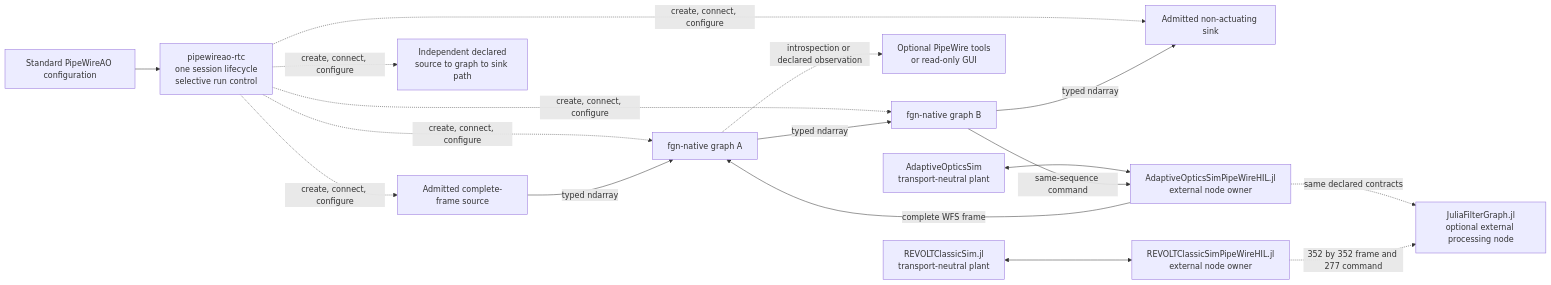
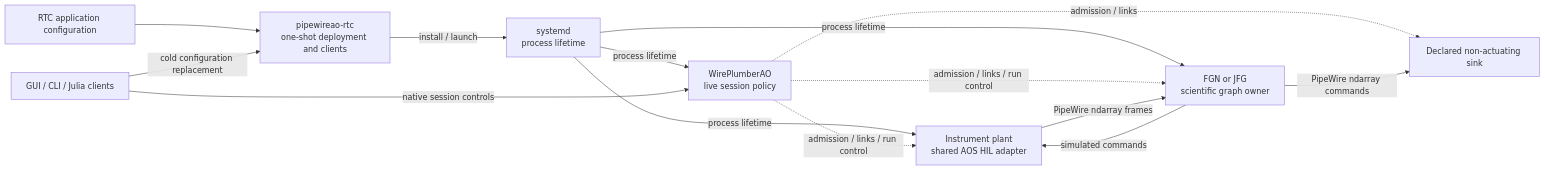
One commit to DarrylGamroth/pipewireao-rtc changed the first of 2 diagrams in docs/architecture.md. Above: the diagram before and after it, drawn with Mermaid. The commit also changed other lines of this file and 15 other files, not shown here.

Commit message:
Add generic simulator settings and durable cold replacement jobs

````diff
--- a/docs/architecture.md
+++ b/docs/architecture.md
@@ -244,33 +275,25 @@
 ```mermaid
 flowchart LR
-    Config["Standard PipeWireAO configuration"]
-    Runner["pipewireao-rtc<br/>one session lifecycle<br/>selective run control"]
-    Source["Admitted complete-frame source"]
-    GraphA["fgn-native graph A"]
-    GraphB["fgn-native graph B"]
-    Sink["Admitted non-actuating sink"]
-    Parallel["Independent declared<br/>source to graph to sink path"]
-    Observer["Optional PipeWire tools<br/>or read-only GUI"]
-    Plant["AdaptiveOpticsSim<br/>transport-neutral plant"]
-    Adapter["AdaptiveOpticsSimPipeWireHIL.jl<br/>external node owner"]
-    JuliaGraph["JuliaFilterGraph.jl<br/>optional external processing node"]
-    Revolt["REVOLTClassicSim.jl<br/>transport-neutral plant"]
-    RevoltAdapter["REVOLTClassicSimPipeWireHIL.jl<br/>external node owner"]
+    Config["RTC application configuration"]
+    Tools["pipewireao-rtc<br/>one-shot deployment and clients"]
+    Systemd["systemd<br/>process lifetime"]
+    Session["WirePlumberAO<br/>live session policy"]
+    Source["Instrument plant<br/>shared AOS HIL adapter"]
+    Graph["FGN or JFG<br/>scientific graph owner"]
+    Sink["Declared non-actuating sink"]
+    GUI["GUI / CLI / Julia clients"]
 
-    Config --> Runner
-    Runner -.->|create, connect, configure| Source
-    Runner -.->|create, connect, configure| GraphA
-    Runner -.->|create, connect, configure| GraphB
-    Runner -.->|create, connect, configure| Sink
-    Runner -.->|create, connect, configure| Parallel
-    Source -->|typed ndarray| GraphA
-    GraphA -->|typed ndarray| GraphB
-    GraphB -->|typed ndarray| Sink
-    GraphA -.->|introspection or declared observation| Observer
-    Plant <--> Adapter
-    Adapter -->|complete WFS frame| GraphA
-    GraphB -->|same-sequence command| Adapter
-    Adapter -.->|same declared contracts| JuliaGraph
-    Revolt <--> RevoltAdapter
-    RevoltAdapter -.->|352 by 352 frame and 277 command| JuliaGraph
+    Config --> Tools
+    Tools -->|install / launch| Systemd
+    Systemd -->|process lifetime| Session
+    Systemd -->|process lifetime| Source
+    Systemd -->|process lifetime| Graph
+    Session -.->|admission / links / run control| Source
+    Session -.->|admission / links / run control| Graph
+    Session -.->|admission / links| Sink
+    Source -->|PipeWire ndarray frames| Graph
+    Graph -->|PipeWire ndarray commands| Sink
+    Graph -->|simulated commands| Source
+    GUI -->|native session controls| Session
+    GUI -->|cold configuration replacement| Tools
 ```
````
